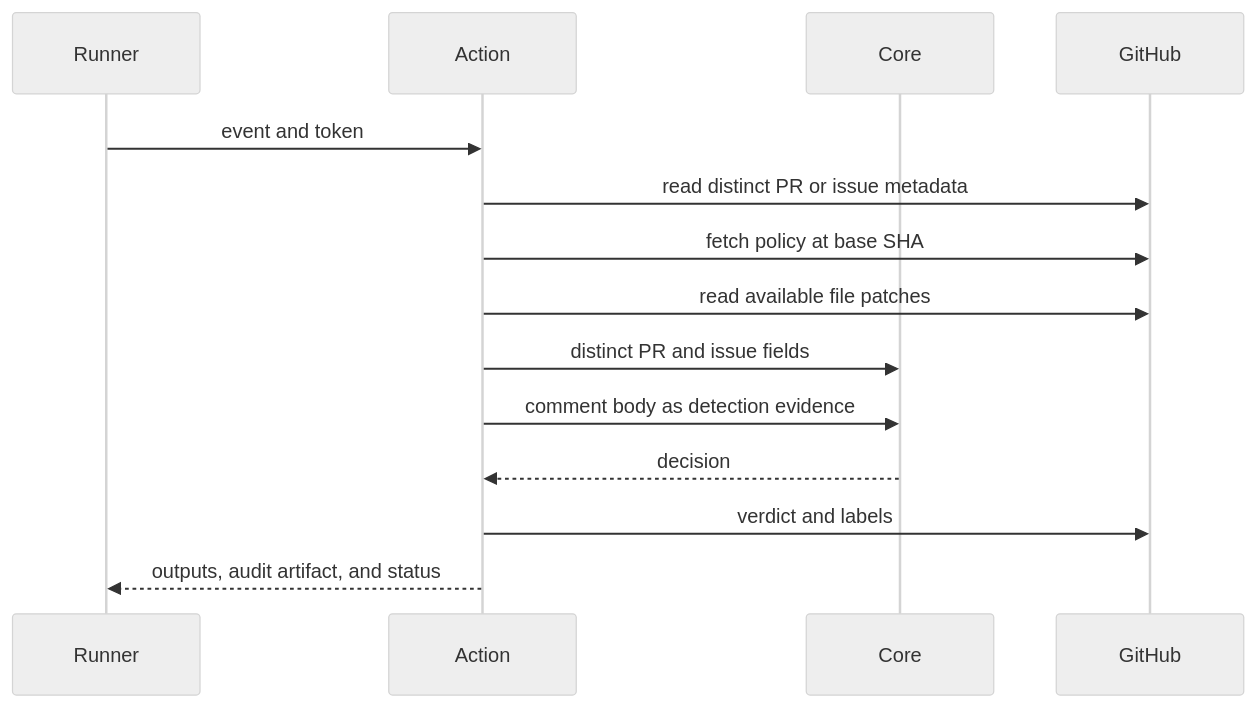
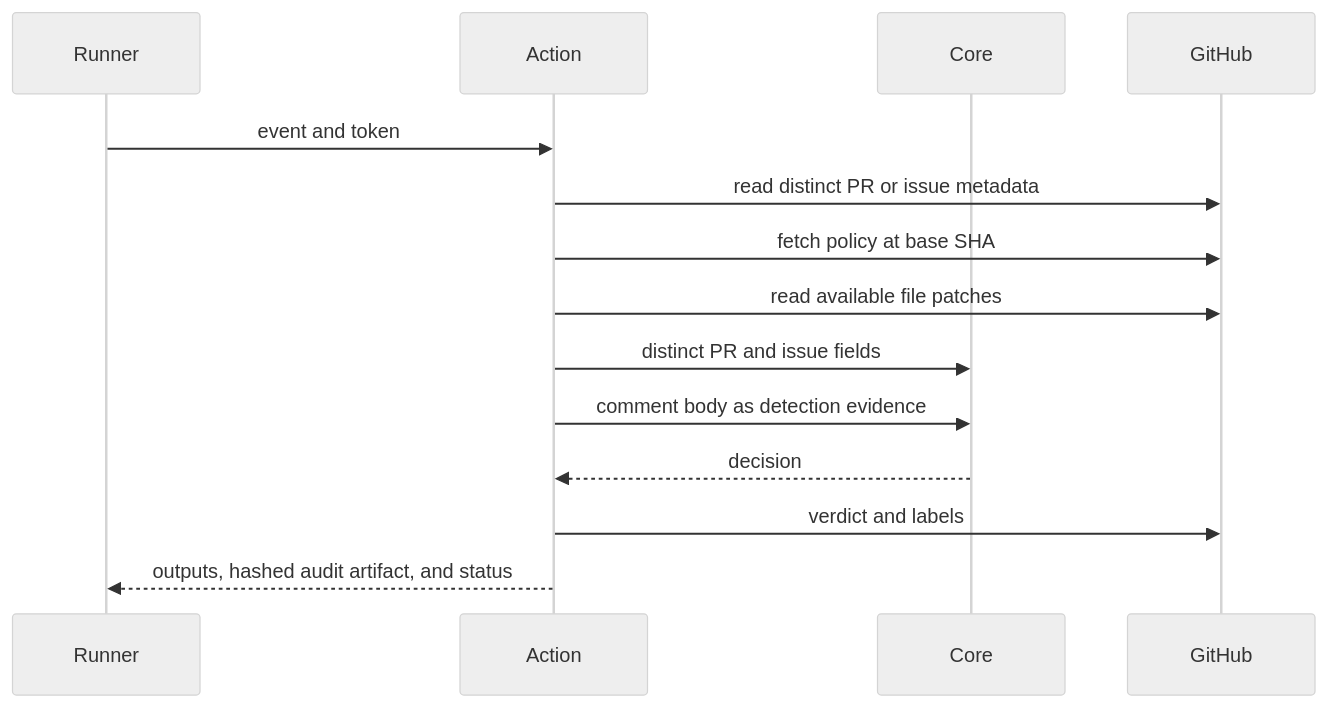
The second of 2 diagrams in packages/github-action/AGENTS.md (streamentry/AGENTOWNERS), drawn with Mermaid (neutral theme) before and after one commit. The commit also changed other lines of this file and 11 other files, not shown here.

Commit message:
feat(action): add audit artifact digest

````diff
--- a/packages/github-action/AGENTS.md
+++ b/packages/github-action/AGENTS.md
@@ -38,16 +38,16 @@
 ```mermaid
 sequenceDiagram
   participant Runner
   participant Action
   participant Core
   participant GitHub
   Runner->>Action: event and token
   Action->>GitHub: read distinct PR or issue metadata
   Action->>GitHub: fetch policy at base SHA
   Action->>GitHub: read available file patches
   Action->>Core: distinct PR and issue fields
   Action->>Core: comment body as detection evidence
   Core-->>Action: decision
   Action->>GitHub: verdict and labels
-  Action-->>Runner: outputs, audit artifact, and status
+  Action-->>Runner: outputs, hashed audit artifact, and status
 ```
````
